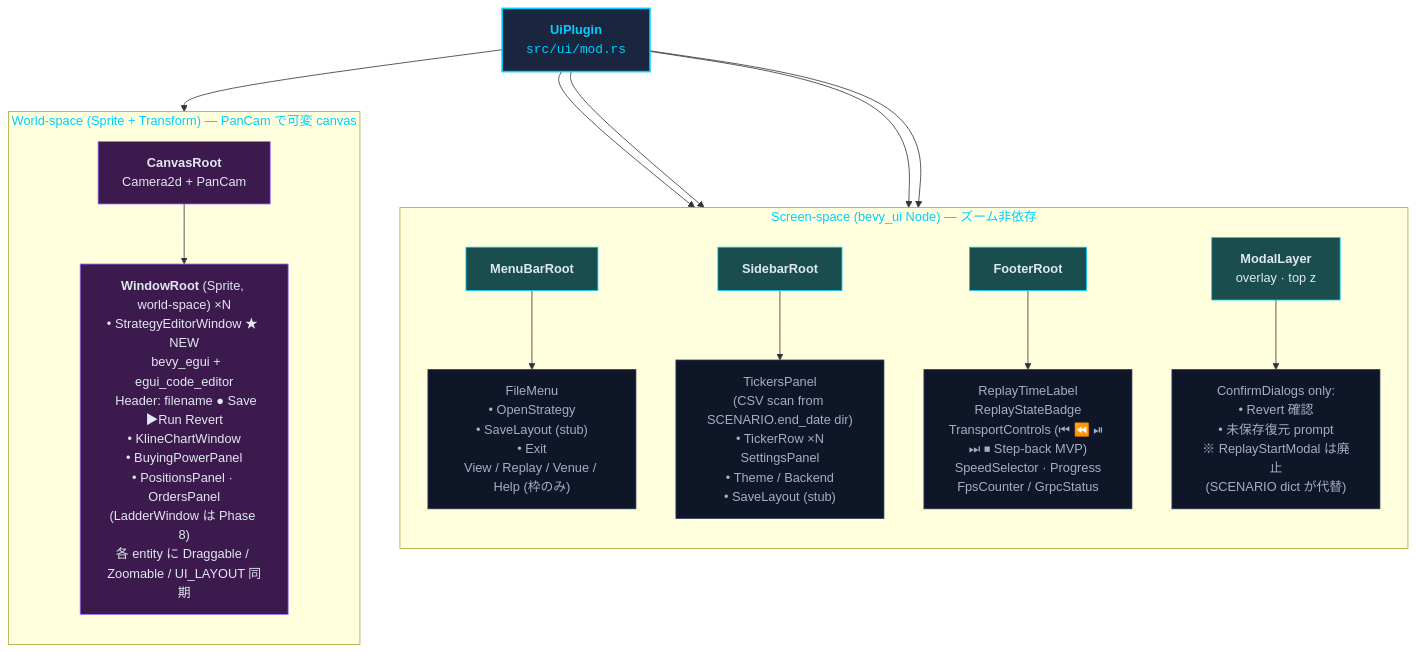
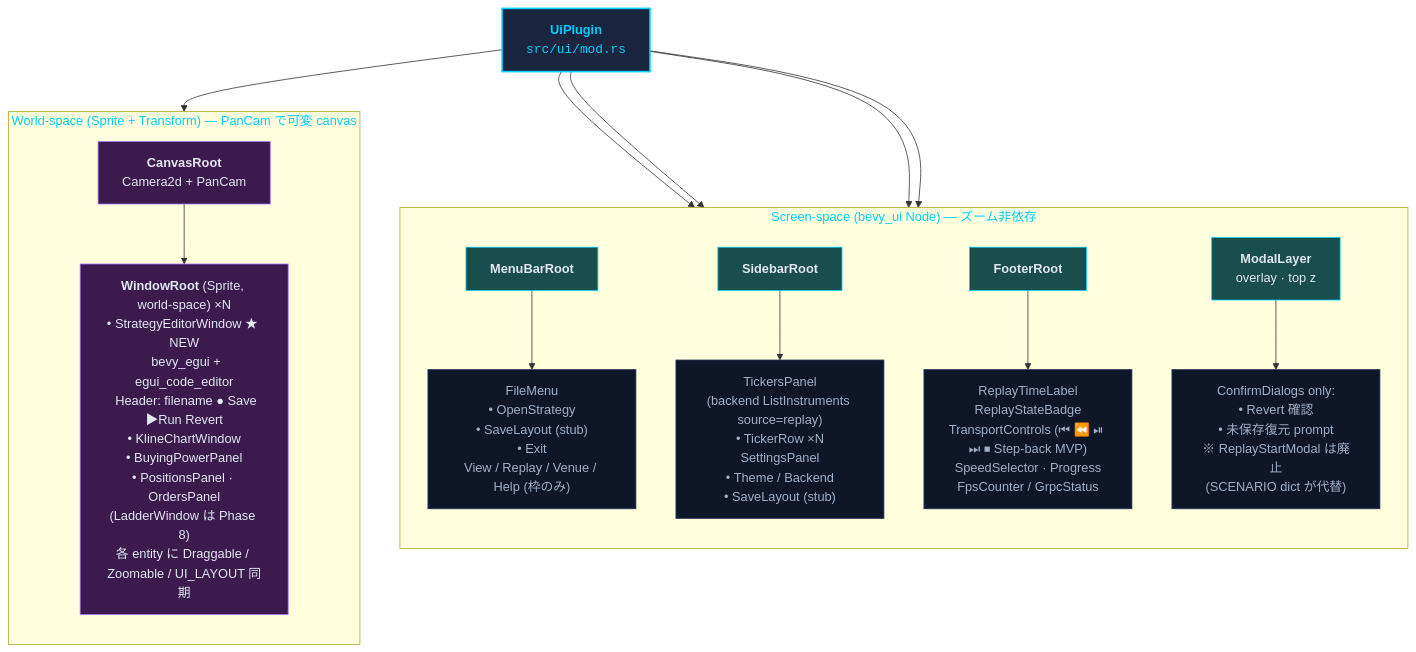
One commit to botterYosuke/The-Trader-Was-Replaced changed the diagram in docs/plan/Phase 7 - Replay UI Integration.md. Above: the diagram before and after it, drawn with Mermaid. The commit also changed other lines of this file and 1 other file, not shown here.

First line of the commit message:
Unify Sidebar via backend RPC; allow Replay+Live to coexist

````diff
--- a/docs/plan/Phase 7 - Replay UI Integration.md
+++ b/docs/plan/Phase 7 - Replay UI Integration.md
@@ -89,32 +89,32 @@
 ```mermaid
 flowchart TD
     UiPlugin["<b>UiPlugin</b><br/><code>src/ui/mod.rs</code>"]
 
     UiPlugin --> MenuBarRoot
     UiPlugin --> SidebarRoot
     UiPlugin --> CanvasRoot
     UiPlugin --> FooterRoot
     UiPlugin --> ModalLayer
 
     subgraph SCREEN["Screen-space (bevy_ui Node) — ズーム非依存"]
         direction TB
         MenuBarRoot["<b>MenuBarRoot</b>"] --> MenuChildren["FileMenu<br/>• OpenStrategy<br/>• SaveLayout (stub)<br/>• Exit<br/>View / Replay / Venue / Help (枠のみ)"]
-        SidebarRoot["<b>SidebarRoot</b>"] --> SidebarChildren["TickersPanel<br/>(CSV scan from SCENARIO.end_date dir)<br/>• TickerRow ×N<br/>SettingsPanel<br/>• Theme / Backend<br/>• SaveLayout (stub)"]
+        SidebarRoot["<b>SidebarRoot</b>"] --> SidebarChildren["TickersPanel<br/>(backend ListInstruments source=replay)<br/>• TickerRow ×N<br/>SettingsPanel<br/>• Theme / Backend<br/>• SaveLayout (stub)"]
         FooterRoot["<b>FooterRoot</b>"] --> FooterChildren["ReplayTimeLabel<br/>ReplayStateBadge<br/>TransportControls (⏮ ⏪ ⏯ ⏭ ⏹ Step-back MVP)<br/>SpeedSelector · Progress<br/>FpsCounter / GrpcStatus"]
         ModalLayer["<b>ModalLayer</b><br/>overlay · top z"] --> ModalChildren["ConfirmDialogs only:<br/>• Revert 確認<br/>• 未保存復元 prompt<br/>※ ReplayStartModal は廃止<br/>(SCENARIO dict が代替)"]
     end
 
     subgraph WORLD["World-space (Sprite + Transform) — PanCam で可変 canvas"]
         direction TB
         CanvasRoot["<b>CanvasRoot</b><br/>Camera2d + PanCam"] --> WindowRoot["<b>WindowRoot</b> (Sprite, world-space) ×N<br/>• StrategyEditorWindow ★ NEW<br/>&nbsp;&nbsp;bevy_egui + egui_code_editor<br/>&nbsp;&nbsp;Header: filename ● Save ▶Run Revert<br/>• KlineChartWindow<br/>• BuyingPowerPanel<br/>• PositionsPanel · OrdersPanel<br/>(LadderWindow は Phase 8)<br/>各 entity に Draggable / Zoomable / UI_LAYOUT 同期"]
     end
 
     classDef screen fill:#1a4d4d,stroke:#00CFFF,color:#e0e8f0;
     classDef world fill:#3d1a4d,stroke:#a070ff,color:#e0e8f0;
     classDef root fill:#1a2540,stroke:#00CFFF,stroke-width:2px,color:#00CFFF;
     classDef detail fill:#0f1628,stroke:#2a3a5a,color:#9fb0c8;
     class UiPlugin root;
     class MenuBarRoot,SidebarRoot,FooterRoot,ModalLayer screen;
     class CanvasRoot,WindowRoot world;
     class MenuChildren,SidebarChildren,FooterChildren,ModalChildren detail;
 ```
````
